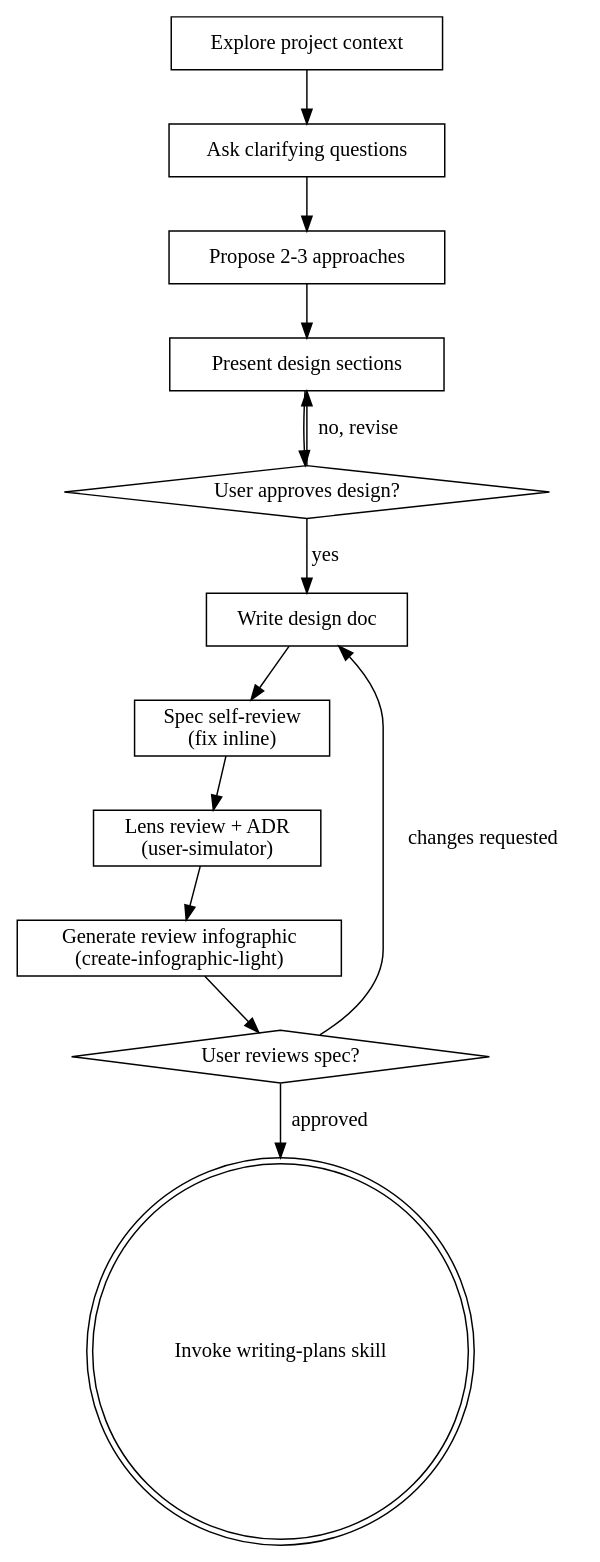
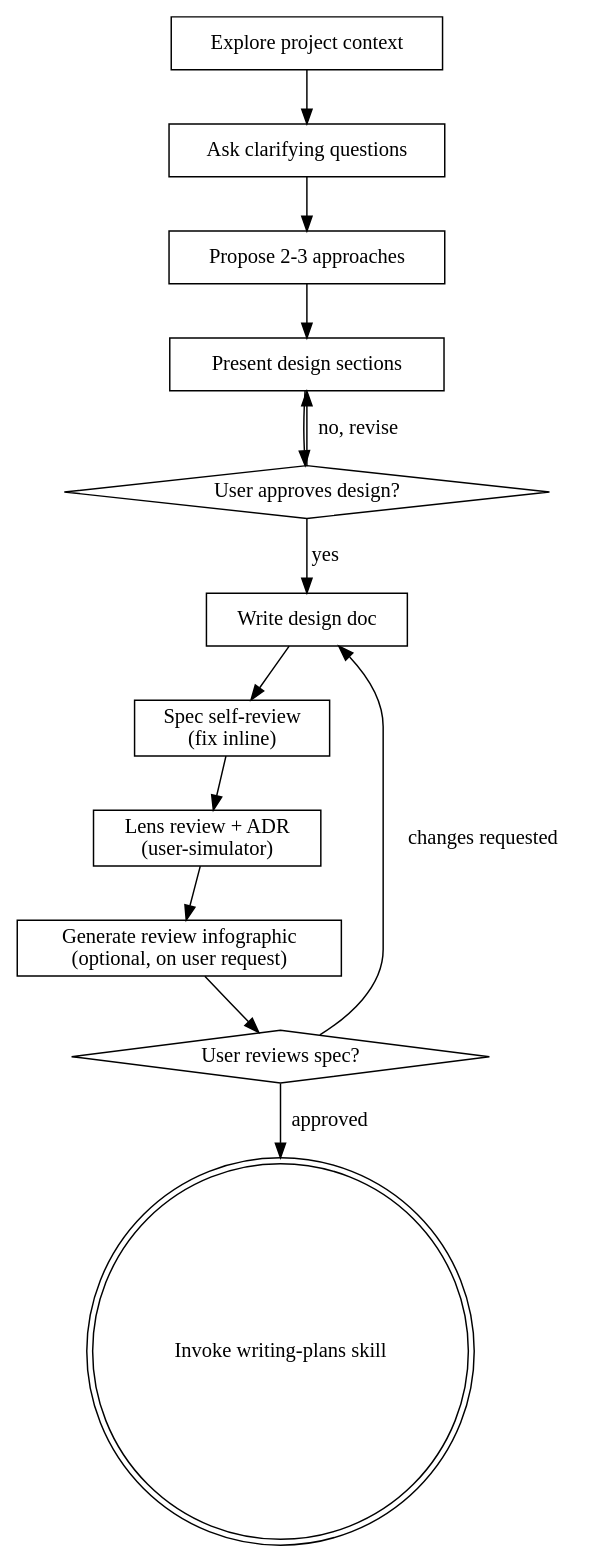
The diagram in .claude/skills/brainstorming/SKILL.md (moorestech/moorestech), drawn with Graphviz before and after one commit. The commit also changed other lines of this file and 1 other file, not shown here.

Commit message:
判断台帳方式をbrainstorming/user-simulatorへ反映（変更3・原則③）

````diff
--- a/.claude/skills/brainstorming/SKILL.md
+++ b/.claude/skills/brainstorming/SKILL.md
@@ -53,28 +53,28 @@
 ```dot
 digraph brainstorming {
     "Explore project context" [shape=box];
     "Ask clarifying questions" [shape=box];
     "Propose 2-3 approaches" [shape=box];
     "Present design sections" [shape=box];
     "User approves design?" [shape=diamond];
     "Write design doc" [shape=box];
     "Spec self-review\n(fix inline)" [shape=box];
     "User reviews spec?" [shape=diamond];
     "Invoke writing-plans skill" [shape=doublecircle];
 
     "Explore project context" -> "Ask clarifying questions";
     "Ask clarifying questions" -> "Propose 2-3 approaches";
     "Propose 2-3 approaches" -> "Present design sections";
     "Present design sections" -> "User approves design?";
     "User approves design?" -> "Present design sections" [label="no, revise"];
     "User approves design?" -> "Write design doc" [label="yes"];
     "Write design doc" -> "Spec self-review\n(fix inline)";
     "Lens review + ADR\n(user-simulator)" [shape=box];
-    "Generate review infographic\n(create-infographic-light)" [shape=box];
+    "Generate review infographic\n(optional, on user request)" [shape=box];
     "Spec self-review\n(fix inline)" -> "Lens review + ADR\n(user-simulator)";
-    "Lens review + ADR\n(user-simulator)" -> "Generate review infographic\n(create-infographic-light)";
-    "Generate review infographic\n(create-infographic-light)" -> "User reviews spec?";
+    "Lens review + ADR\n(user-simulator)" -> "Generate review infographic\n(optional, on user request)";
+    "Generate review infographic\n(optional, on user request)" -> "User reviews spec?";
     "User reviews spec?" -> "Write design doc" [label="changes requested"];
     "User reviews spec?" -> "Invoke writing-plans skill" [label="approved"];
 }
 ```
````
